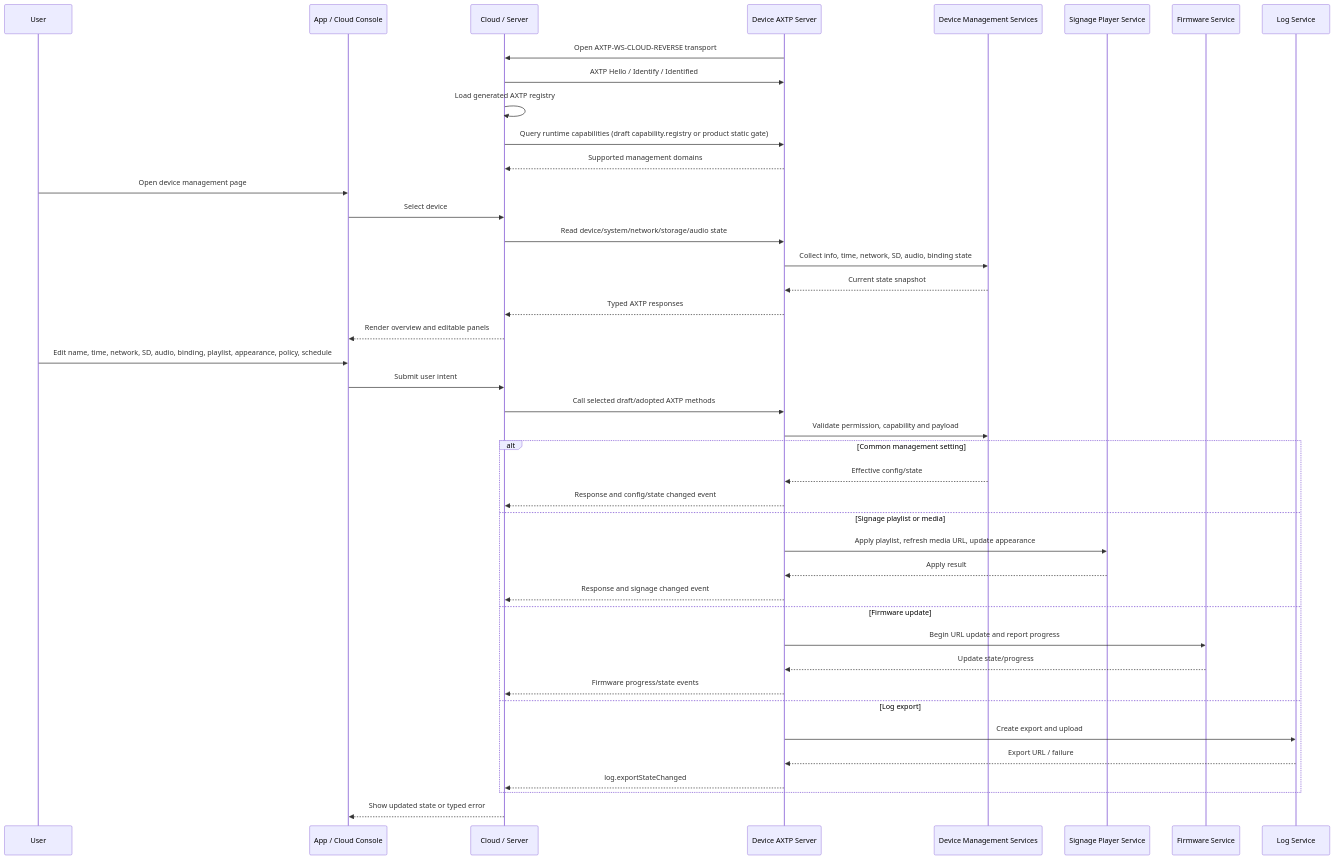
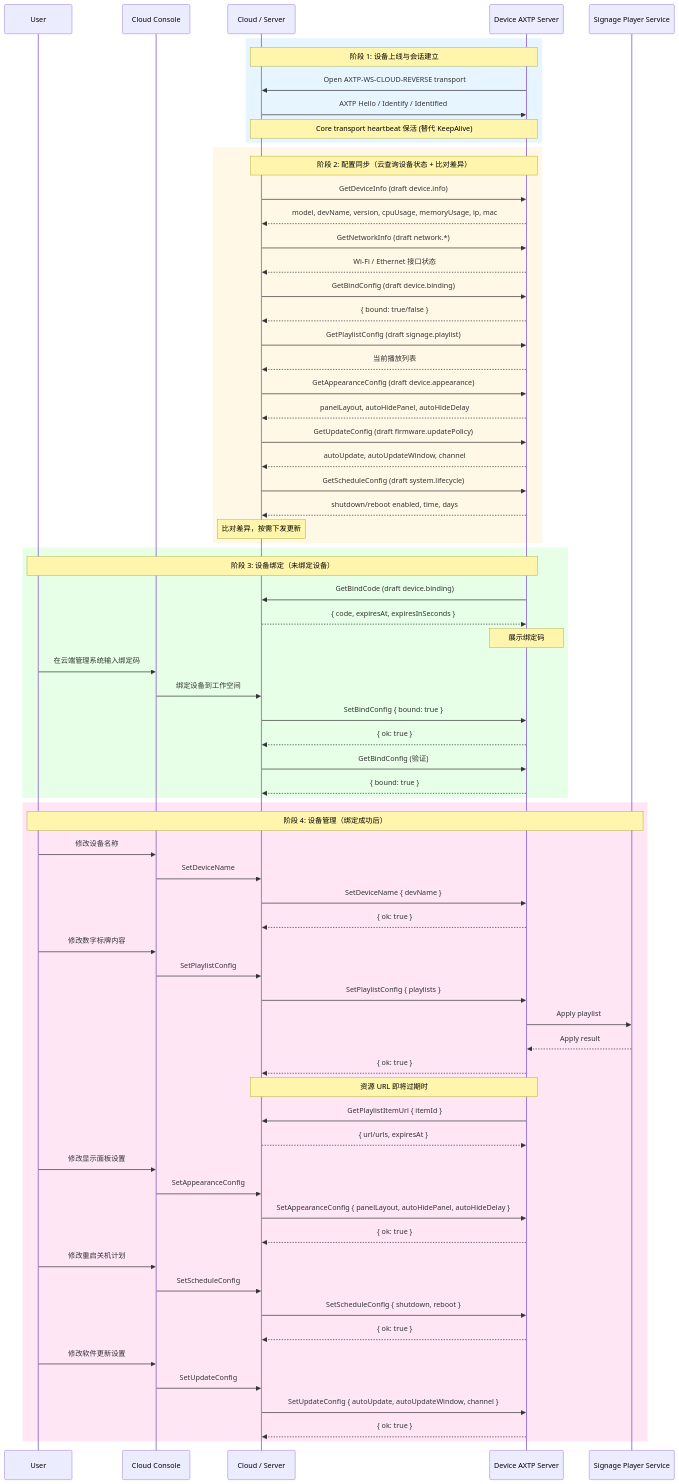
The diagram in docs/flows/signage-device-management.md (Mostorm-Labs/axtp), drawn with Mermaid before and after one commit. The commit also changed other lines of this file and 10 other files, not shown here.

````diff
--- a/docs/flows/signage-device-management.md
+++ b/docs/flows/signage-device-management.md
@@ -97,47 +89,81 @@
 ```mermaid
 sequenceDiagram
     participant User
-    participant App as App / Cloud Console
+    participant Console as Cloud Console
     participant Cloud as Cloud / Server
     participant Device as Device AXTP Server
-    participant Mgmt as Device Management Services
     participant Signage as Signage Player Service
-    participant FW as Firmware Service
-    participant Log as Log Service
 
-    Device->>Cloud: Open AXTP-WS-CLOUD-REVERSE transport
-    Cloud->>Device: AXTP Hello / Identify / Identified
-    Cloud->>Cloud: Load generated AXTP registry
-    Cloud->>Device: Query runtime capabilities (draft capability.registry or product static gate)
-    Device-->>Cloud: Supported management domains
+    rect rgb(230, 245, 255)
+        Note over Device,Cloud: 阶段 1: 设备上线与会话建立
+        Device->>Cloud: Open AXTP-WS-CLOUD-REVERSE transport
+        Cloud->>Device: AXTP Hello / Identify / Identified
+        Note over Device,Cloud: Core transport heartbeat 保活 (替代 KeepAlive)
+    end
 
-    User->>App: Open device management page
-    App->>Cloud: Select device
-    Cloud->>Device: Read device/system/network/storage/audio state
-    Device->>Mgmt: Collect info, time, network, SD, audio, binding state
-    Mgmt-->>Device: Current state snapshot
-    Device-->>Cloud: Typed AXTP responses
-    Cloud-->>App: Render overview and editable panels
+    rect rgb(255, 248, 230)
+        Note over Cloud,Device: 阶段 2: 配置同步（云查询设备状态 + 比对差异）
+        Cloud->>Device: GetDeviceInfo (draft device.info)
+        Device-->>Cloud: model, devName, version, cpuUsage, memoryUsage, ip, mac
+        Cloud->>Device: GetNetworkInfo (draft network.*)
+        Device-->>Cloud: Wi-Fi / Ethernet 接口状态
+        Cloud->>Device: GetBindConfig (draft device.binding)
+        Device-->>Cloud: { bound: true/false }
+        Cloud->>Device: GetPlaylistConfig (draft signage.playlist)
+        Device-->>Cloud: 当前播放列表
+        Cloud->>Device: GetAppearanceConfig (draft device.appearance)
+        Device-->>Cloud: panelLayout, autoHidePanel, autoHideDelay
+        Cloud->>Device: GetUpdateConfig (draft firmware.updatePolicy)
+        Device-->>Cloud: autoUpdate, autoUpdateWindow, channel
+        Cloud->>Device: GetScheduleConfig (draft system.lifecycle)
+        Device-->>Cloud: shutdown/reboot enabled, time, days
+        Note over Cloud: 比对差异，按需下发更新
+    end
 
-    User->>App: Edit name, time, network, SD, audio, binding, playlist, appearance, policy, schedule
-    App->>Cloud: Submit user intent
-    Cloud->>Device: Call selected draft/adopted AXTP methods
-    Device->>Mgmt: Validate permission, capability and payload
-    alt Common management setting
-        Mgmt-->>Device: Effective config/state
-        Device-->>Cloud: Response and config/state changed event
-    else Signage playlist or media
-        Device->>Signage: Apply playlist, refresh media URL, update appearance
+    rect rgb(230, 255, 230)
+        Note over User,Device: 阶段 3: 设备绑定（未绑定设备）
+        Device->>Cloud: GetBindCode (draft device.binding)
+        Cloud-->>Device: { code, expiresAt, expiresInSeconds }
+        Note over Device: 展示绑定码
+        User->>Console: 在云端管理系统输入绑定码
+        Console->>Cloud: 绑定设备到工作空间
+        Cloud->>Device: SetBindConfig { bound: true }
+        Device-->>Cloud: { ok: true }
+        Cloud->>Device: GetBindConfig (验证)
+        Device-->>Cloud: { bound: true }
+    end
+
+    rect rgb(255, 230, 245)
+        Note over User,Signage: 阶段 4: 设备管理（绑定成功后）
+        User->>Console: 修改设备名称
+        Console->>Cloud: SetDeviceName
+        Cloud->>Device: SetDeviceName { devName }
+        Device-->>Cloud: { ok: true }
+
+        User->>Console: 修改数字标牌内容
+        Console->>Cloud: SetPlaylistConfig
+        Cloud->>Device: SetPlaylistConfig { playlists }
+        Device->>Signage: Apply playlist
         Signage-->>Device: Apply result
-        Device-->>Cloud: Response and signage changed event
-    else Firmware update
-        Device->>FW: Begin URL update and report progress
-        FW-->>Device: Update state/progress
-        Device-->>Cloud: Firmware progress/state events
-    else Log export
-        Device->>Log: Create export and upload
-        Log-->>Device: Export URL / failure
-        Device-->>Cloud: log.exportStateChanged
+        Device-->>Cloud: { ok: true }
+
+        Note over Device,Cloud: 资源 URL 即将过期时
+        Device->>Cloud: GetPlaylistItemUrl { itemId }
+        Cloud-->>Device: { url/urls, expiresAt }
+
+        User->>Console: 修改显示面板设置
+        Console->>Cloud: SetAppearanceConfig
+        Cloud->>Device: SetAppearanceConfig { panelLayout, autoHidePanel, autoHideDelay }
+        Device-->>Cloud: { ok: true }
+
+        User->>Console: 修改重启关机计划
+        Console->>Cloud: SetScheduleConfig
+        Cloud->>Device: SetScheduleConfig { shutdown, reboot }
+        Device-->>Cloud: { ok: true }
+
+        User->>Console: 修改软件更新设置
+        Console->>Cloud: SetUpdateConfig
+        Cloud->>Device: SetUpdateConfig { autoUpdate, autoUpdateWindow, channel }
+        Device-->>Cloud: { ok: true }
     end
-    Cloud-->>App: Show updated state or typed error
 ```
````
